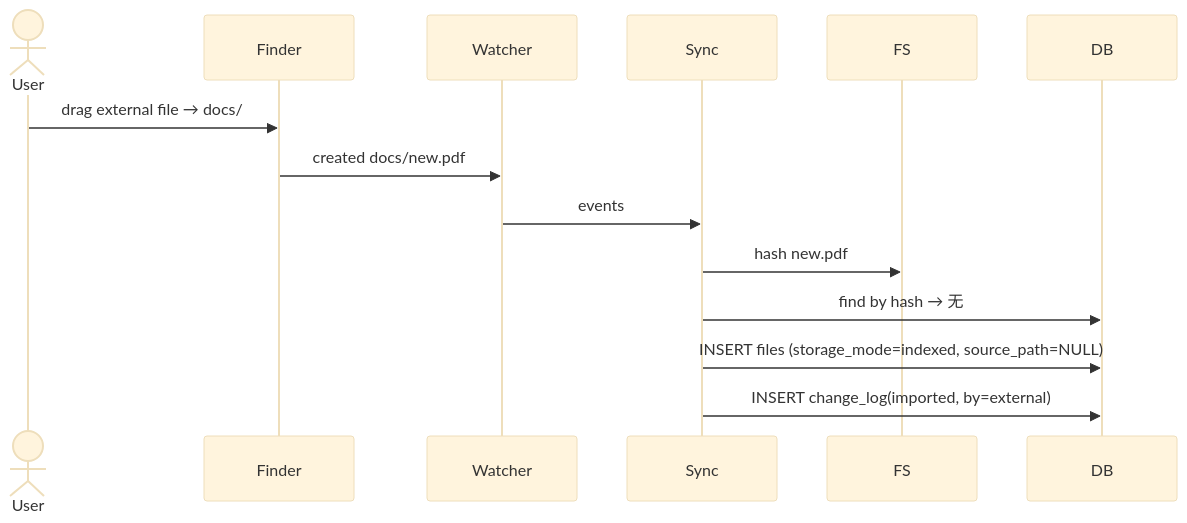
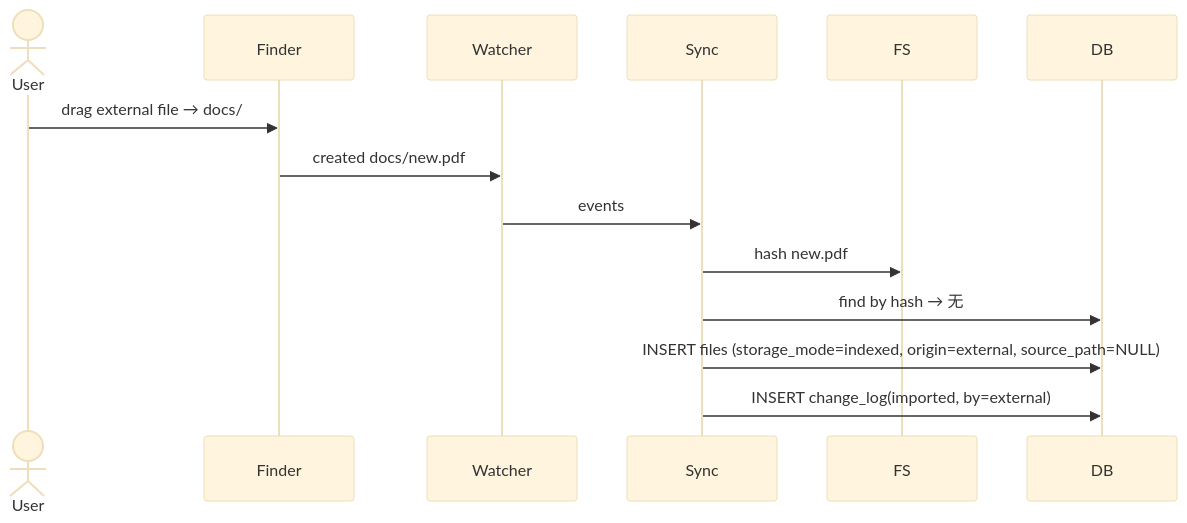
The eighth of 13 diagrams in docs/architecture/source-of-truth.md (AreaSong/AreaMatrix), drawn with Mermaid (base theme) before and after one commit. The commit also changed other lines of this file and 27 other files, not shown here.

````diff
--- a/docs/architecture/source-of-truth.md
+++ b/docs/architecture/source-of-truth.md
@@ -311,14 +311,14 @@
 ```mermaid
 sequenceDiagram
     actor User
     participant Finder
     participant Watcher
     participant Sync
     User->>Finder: drag external file → docs/
     Finder->>Watcher: created docs/new.pdf
     Watcher->>Sync: events
     Sync->>FS: hash new.pdf
     Sync->>DB: find by hash → 无
-    Sync->>DB: INSERT files (storage_mode=indexed, source_path=NULL)
+    Sync->>DB: INSERT files (storage_mode=indexed, origin=external, source_path=NULL)
     Sync->>DB: INSERT change_log(imported, by=external)
 ```
````
